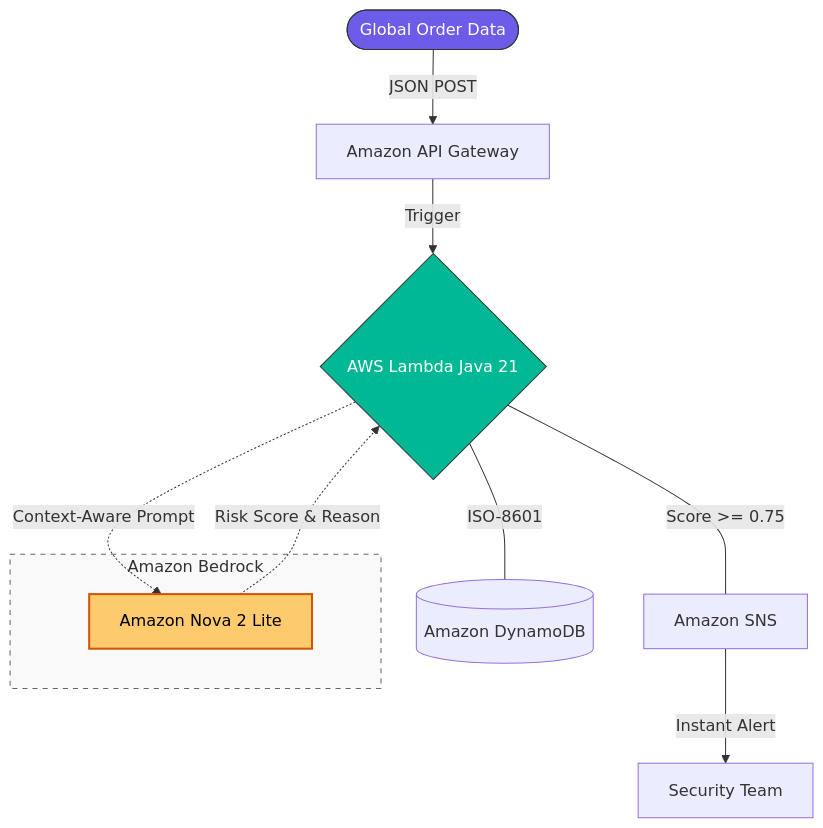
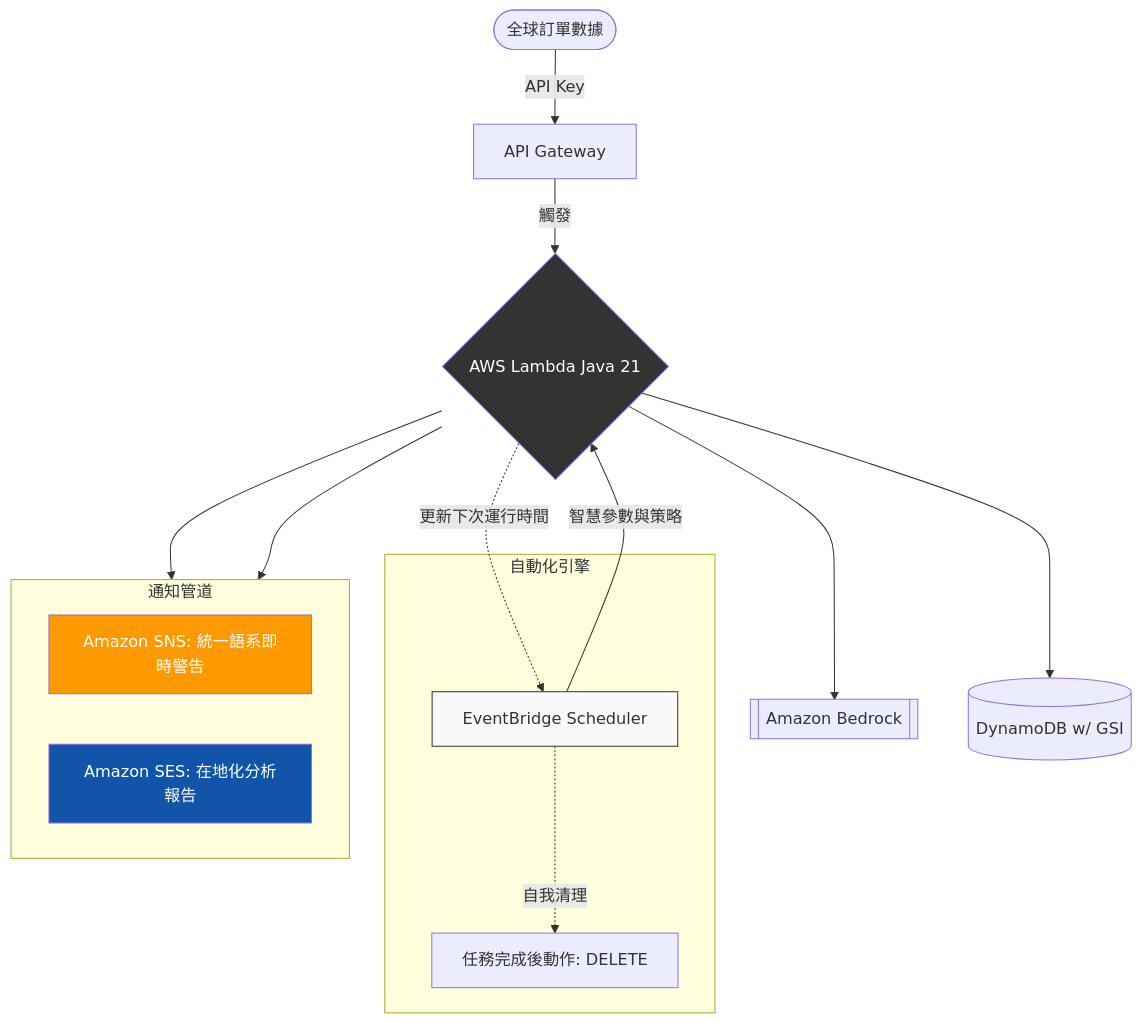
One commit to Iris34382940/SentinelStream-Fraud-Prevention changed the diagram in README.md. Above: the diagram before and after it, drawn with Mermaid. The commit also changed other lines of this file and 13 other files, not shown here.

````diff
--- a/README.md
+++ b/README.md
@@ -31,21 +34,25 @@
 ```mermaid
 graph TD
-   User([Global Order Data]) -->|JSON POST| API[Amazon API Gateway]
-   API -->|Trigger| Lambda{AWS Lambda Java 21}
-
-   subgraph AI_Inference [Amazon Bedrock]
-      Nova[Amazon Nova 2 Lite]
-   end
-
-   Lambda -.->|Context-Aware Prompt| Nova
-   Nova -.->|Risk Score & Reason| Lambda
-
-   Lambda ---|ISO-8601| DB[(Amazon DynamoDB)]
-   Lambda ---|Score >= 0.75| SNS[Amazon SNS]
-   SNS -->|Instant Alert| Admin[Security Team]
-
-   style User fill:#6c5ce7,stroke:#333,stroke-width:1px,color:#fff
-   style Nova fill:#fdcb6e,stroke:#d35400,stroke-width:2px,color:#000
-   style Lambda fill:#00b894,stroke:#333,stroke-width:1px,color:#fff
-   style AI_Inference fill:#f9f9f9,stroke:#666,stroke-dasharray: 5 5
+    User([全球訂單數據]) -->|API Key| API[API Gateway]
+    API -->|觸發| Lambda{AWS Lambda Java 21}
+    subgraph Automation [自動化引擎]
+        Sched[EventBridge Scheduler]
+        Cleanup[任務完成後動作: DELETE]
+        Sched -.->|自我清理| Cleanup
+    end
+    Sched -->|智慧參數與策略| Lambda
+    Lambda -.->|更新下次運行時間| Sched
+    Lambda --> Bedrock[[Amazon Bedrock]]
+    Lambda --> DB[(DynamoDB w/ GSI)]
+    subgraph Notifications [通知管道]
+        direction LR
+        SNS[Amazon SNS: 統一語系即時警告]
+        SES[Amazon SES: 在地化分析報告]
+    end
+    Lambda --> SNS
+    Lambda --> SES
+    style SNS fill:#ff9900,color:#fff
+    style SES fill:#15a,color:#fff
+    style Lambda fill:#333,color:#fff
+    style Sched fill:#f9f9f9,stroke:#333
 ```
````
